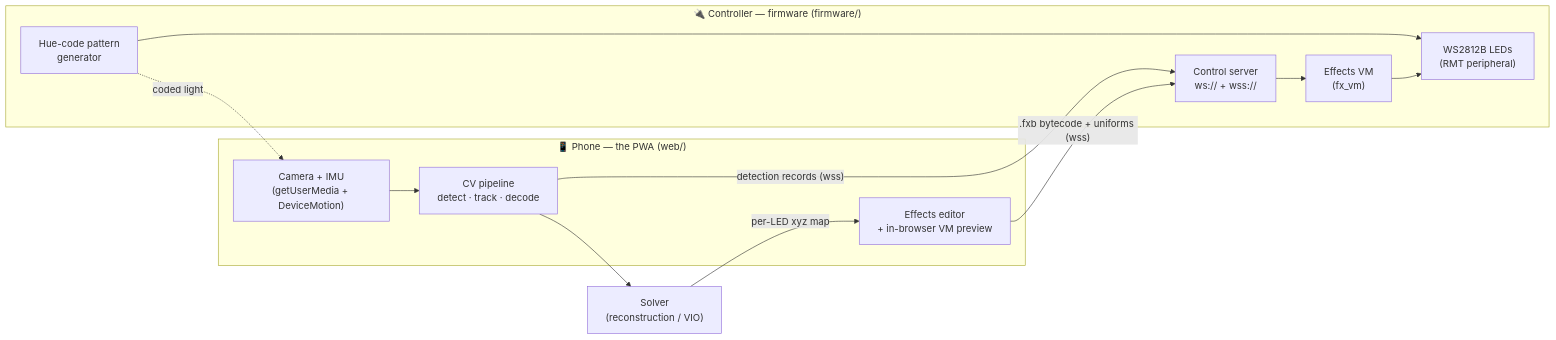
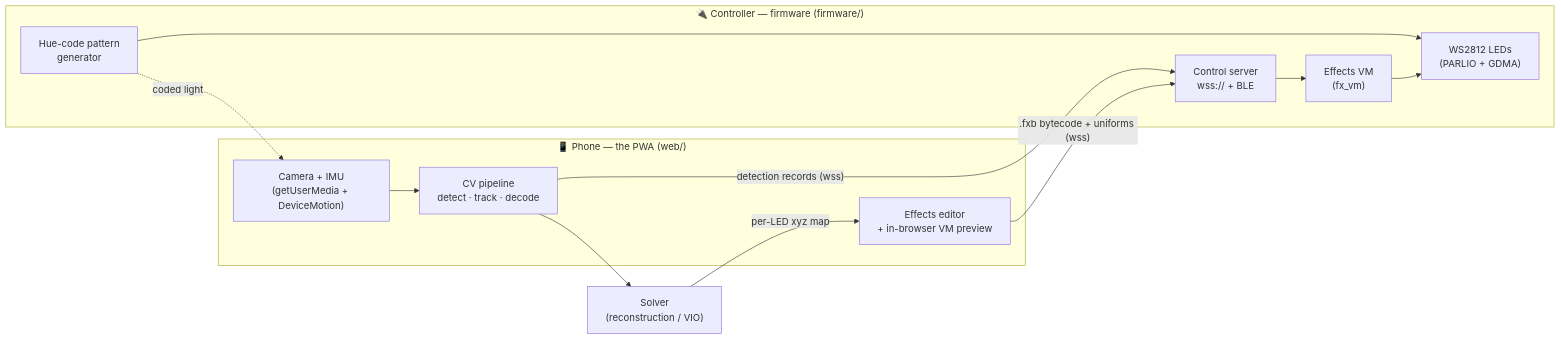
The first of 4 diagrams in docs/_sphinx/architecture.md (fughilli/splanc), drawn with Mermaid before and after one commit. The commit also changed other lines of this file and 15 other files, not shown here.

````diff
--- a/docs/_sphinx/architecture.md
+++ b/docs/_sphinx/architecture.md
@@ -16,27 +16,27 @@
 ```{mermaid}
 flowchart LR
     subgraph Phone["📱 Phone — the PWA (web/)"]
         cam["Camera + IMU<br/>(getUserMedia + DeviceMotion)"]
         cv["CV pipeline<br/>detect · track · decode"]
         editor["Effects editor<br/>+ in-browser VM preview"]
         cam --> cv
     end
 
     subgraph Ctrl["🔌 Controller — firmware (firmware/)"]
         pat["Hue-code pattern<br/>generator"]
-        leds["WS2812B LEDs<br/>(RMT peripheral)"]
+        leds["WS2812 LEDs<br/>(PARLIO + GDMA)"]
         vm["Effects VM<br/>(fx_vm)"]
-        wss["Control server<br/>ws:// + wss://"]
+        wss["Control server<br/>wss:// + BLE"]
         pat --> leds
         vm --> leds
         wss --> vm
     end
 
     pat -. "coded light" .-> cam
     cv -- "detection records (wss)" --> wss
     editor -- ".fxb bytecode + uniforms (wss)" --> wss
 
     solve["Solver<br/>(reconstruction / VIO)"]
     cv --> solve
     solve -- "per-LED xyz map" --> editor
 ```
````
